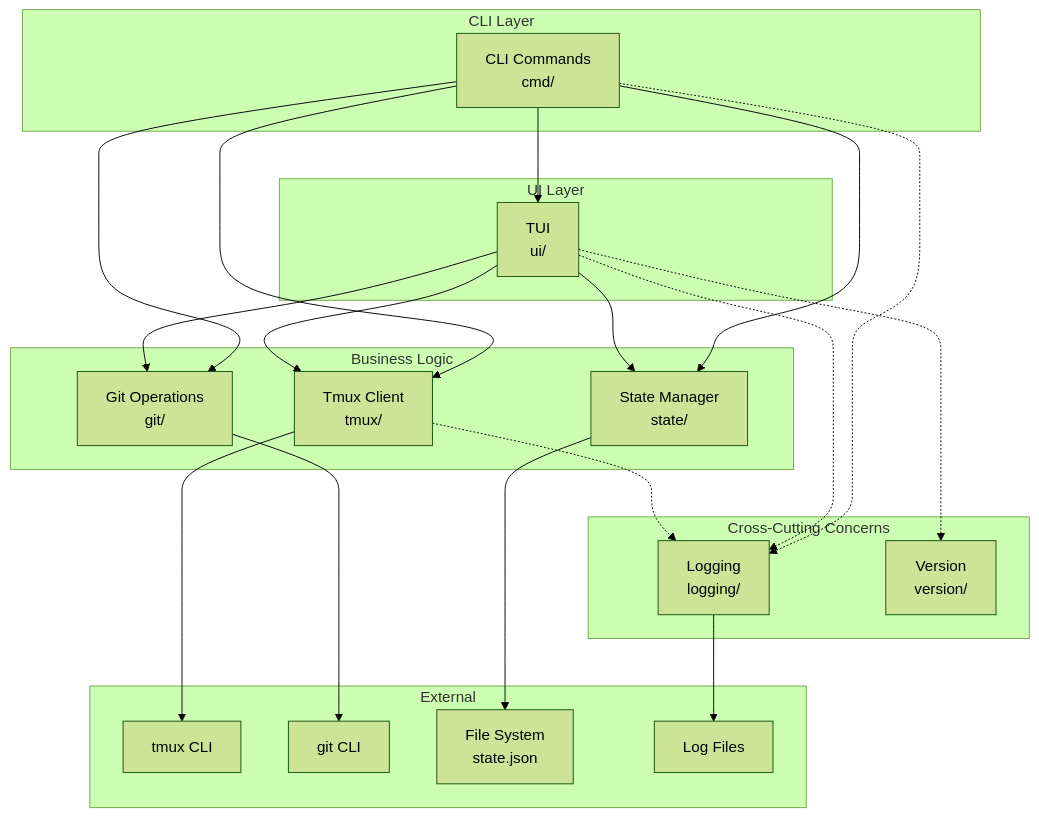
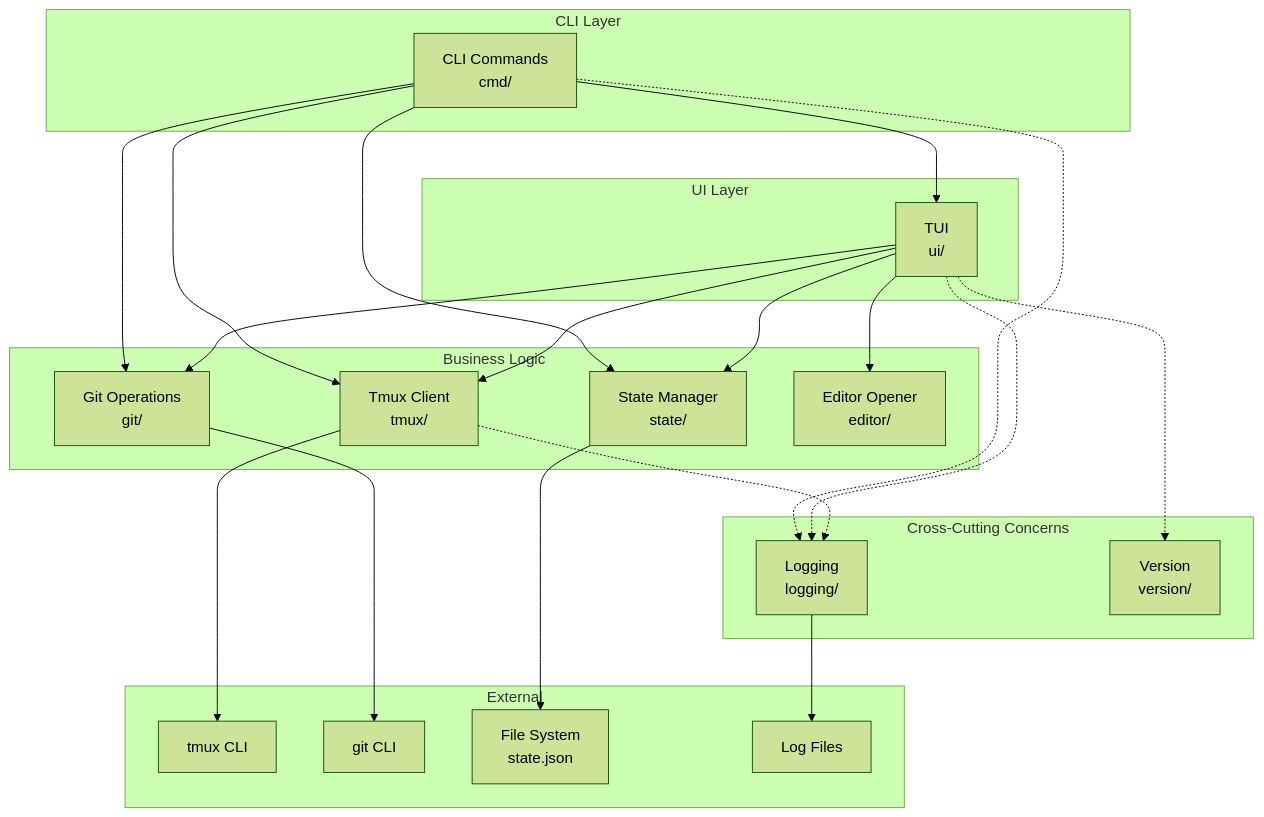
One commit to renato0307/rocha changed the first of 5 diagrams in ARCHITECTURE.md. Above: the diagram before and after it, drawn with Mermaid (forest theme). The commit also changed other lines of this file and 8 other files, not shown here.

````diff
--- a/ARCHITECTURE.md
+++ b/ARCHITECTURE.md
@@ -7,46 +7,48 @@
 ```mermaid
 graph TB
     subgraph "CLI Layer"
         CLI[CLI Commands<br/>cmd/]
     end
 
     subgraph "UI Layer"
         TUI[TUI<br/>ui/]
     end
 
     subgraph "Business Logic"
         TMUX[Tmux Client<br/>tmux/]
         STATE[State Manager<br/>state/]
         GIT[Git Operations<br/>git/]
+        EDITOR[Editor Opener<br/>editor/]
     end
 
     subgraph "Cross-Cutting Concerns"
         LOG[Logging<br/>logging/]
         VER[Version<br/>version/]
     end
 
     subgraph "External"
         TMUXCLI[tmux CLI]
         GITCLI[git CLI]
         FS[File System<br/>state.json]
         LOGFS[Log Files]
     end
 
     CLI --> TUI
     CLI --> TMUX
     CLI --> GIT
     CLI --> STATE
     TUI --> TMUX
     TUI --> STATE
     TUI --> GIT
+    TUI --> EDITOR
     TMUX --> TMUXCLI
     STATE --> FS
     GIT --> GITCLI
 
     %% Cross-cutting concerns (dotted lines)
     CLI -.-> LOG
     TUI -.-> LOG
     TUI -.-> VER
     TMUX -.-> LOG
     LOG --> LOGFS
 ```
````
